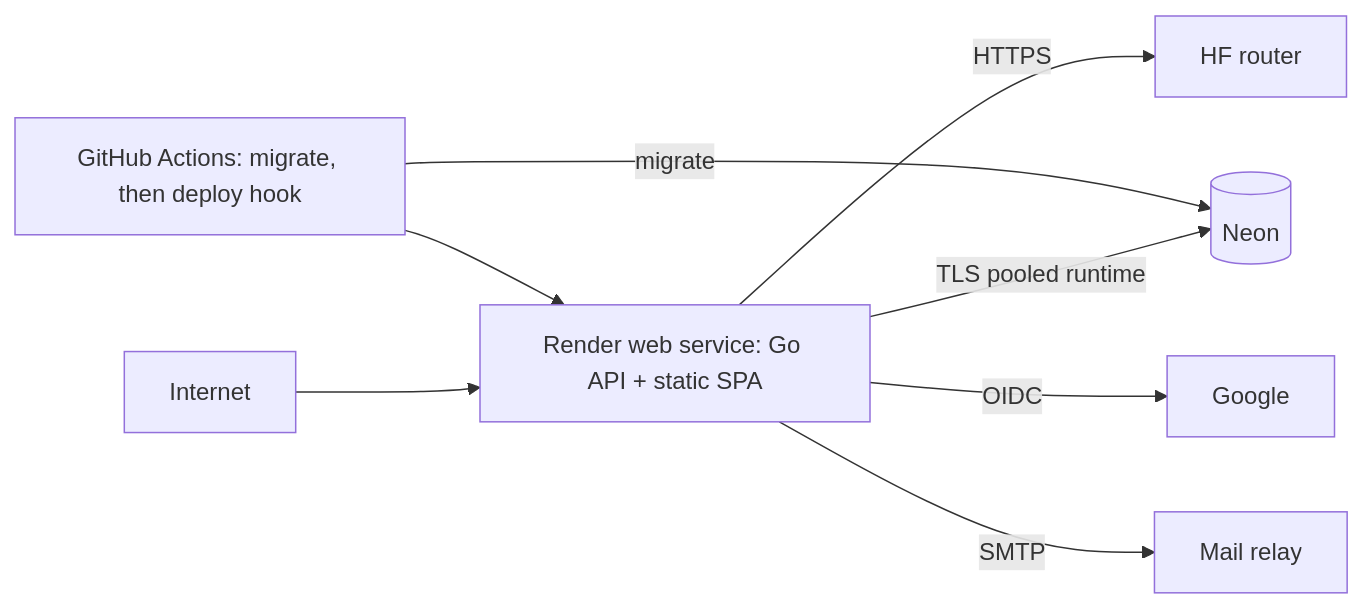
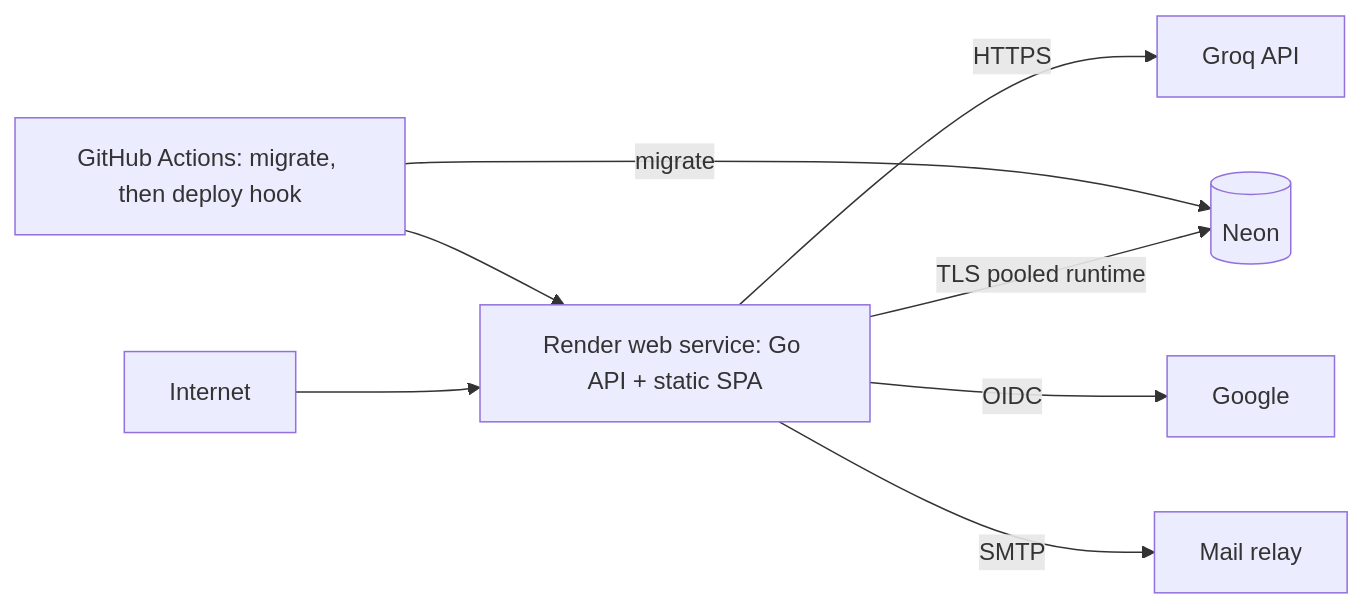
One commit to mddanish004/Quizmaster changed the second of 4 diagrams in docs/SYSTEM_ARCHITECTURE.md. Above: the diagram before and after it, drawn with Mermaid. The commit also changed other lines of this file and 10 other files, not shown here.

Commit message:
Groq-only AI generation (ADR-017); Render free tier

````diff
--- a/docs/SYSTEM_ARCHITECTURE.md
+++ b/docs/SYSTEM_ARCHITECTURE.md
@@ -40,10 +40,10 @@
 ```mermaid
 flowchart LR
   Internet --> Render[Render web service: Go API + static SPA]
   Render -->|TLS pooled runtime| Neon[(Neon)]
-  Render -->|HTTPS| HF[HF router]
+  Render -->|HTTPS| Groq[Groq API]
   Render -->|OIDC| Google[Google]
   Render -->|SMTP| SMTP[Mail relay]
   GHA[GitHub Actions: migrate, then deploy hook] --> Render
   GHA -->|migrate| Neon
 ```
````
